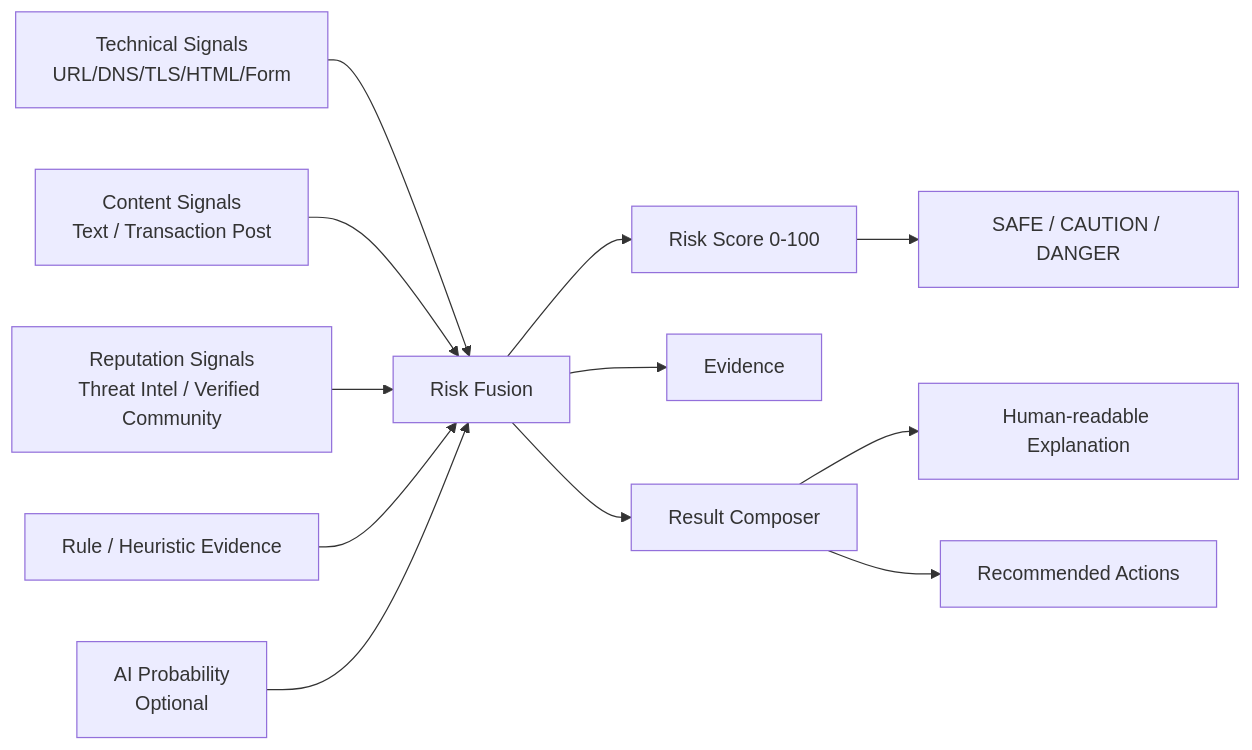
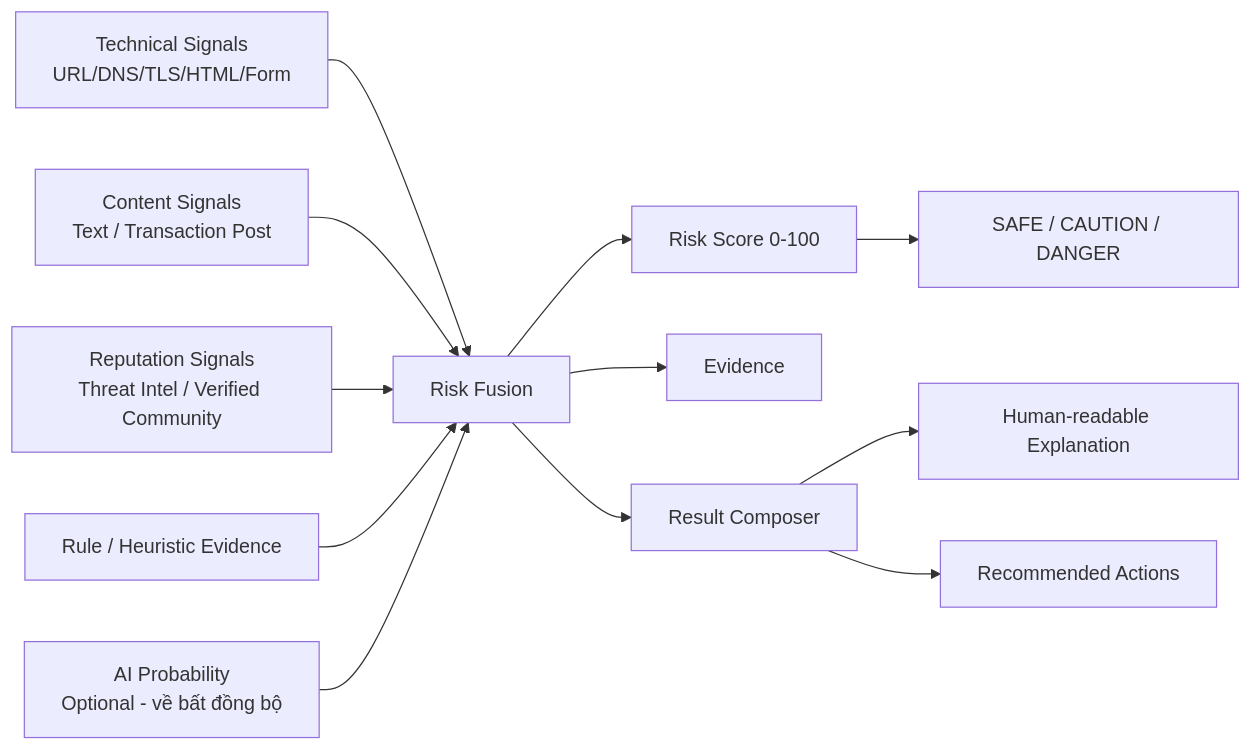
The tenth of 11 diagrams in architectures/architecture_v3.1.md (KLTN-2023-HCMSU/document), drawn with Mermaid before and after one commit. The commit also changed other lines of this file and 8 other files, not shown here.

````diff
--- a/architectures/architecture_v3.1.md
+++ b/architectures/architecture_v3.1.md
@@ -677,21 +714,21 @@
 ```mermaid
 flowchart LR
     Technical[Technical Signals\nURL/DNS/TLS/HTML/Form]
     Content[Content Signals\nText / Transaction Post]
     Reputation[Reputation Signals\nThreat Intel / Verified Community]
     Rules[Rule / Heuristic Evidence]
-    AI[AI Probability\nOptional]
+    AI[AI Probability\nOptional - về bất đồng bộ]
 
     Technical --> Fusion[Risk Fusion]
     Content --> Fusion
     Reputation --> Fusion
     Rules --> Fusion
     AI --> Fusion
 
     Fusion --> Score[Risk Score 0-100]
     Score --> Level[SAFE / CAUTION / DANGER]
     Fusion --> Evidence[Evidence]
     Fusion --> Composer[Result Composer]
     Composer --> Explanation[Human-readable Explanation]
     Composer --> Recommendation[Recommended Actions]
 ```
````
